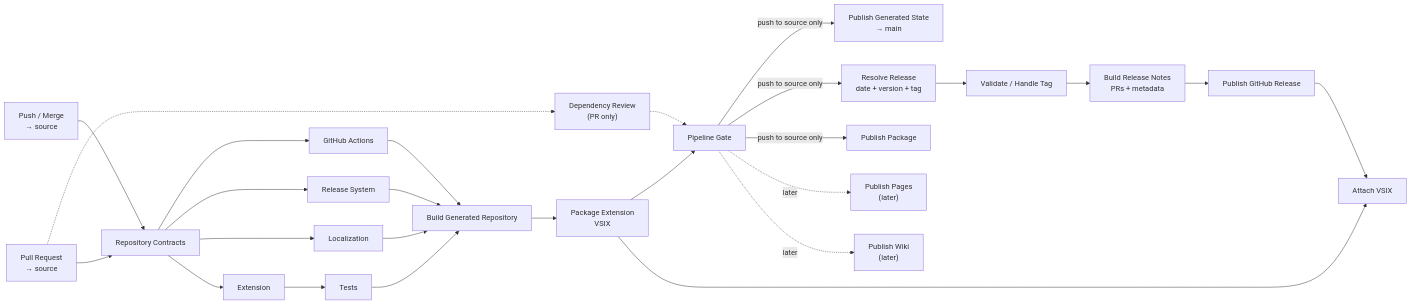
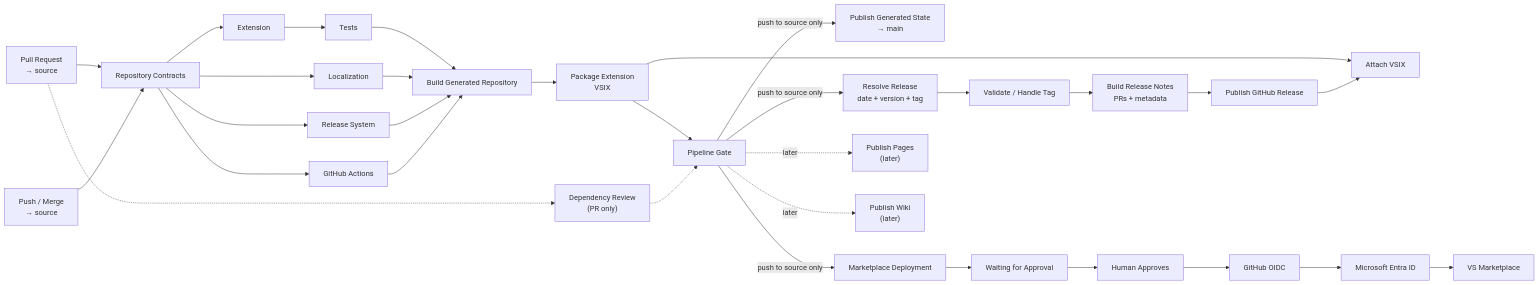
One commit to Kooraseru/vscode-editor-columns changed the diagram in repo/templates/AUTOMATION.md. Above: the diagram before and after it, drawn with Mermaid. The commit also changed other lines of this file and 3 other files, not shown here.

````diff
--- a/repo/templates/AUTOMATION.md
+++ b/repo/templates/AUTOMATION.md
@@ -3,50 +3,60 @@
 ```mermaid
 flowchart LR
     PR["Pull Request<br/>→ source"]
     PUSH["Push / Merge<br/>→ source"]
     CONTRACTS["Repository Contracts"]
     EXT["Extension"]
     TESTS["Tests"]
     LOC["Localization"]
     RELEASESYS["Release System"]
     ACTIONS["GitHub Actions"]
     DEP["Dependency Review<br/>(PR only)"]
     BUILD["Build Generated Repository"]
     PACKAGE["Package Extension<br/>VSIX"]
     GATE["Pipeline Gate"]
     MAIN["Publish Generated State<br/>→ main"]
     RESOLVE["Resolve Release<br/>date + version + tag"]
     TAG["Validate / Handle Tag"]
     NOTES["Build Release Notes<br/>PRs + metadata"]
     GHREL["Publish GitHub Release"]
     ASSET["Attach VSIX"]
-    PKG["Publish Package"]
+    MARKET["Marketplace Deployment"]
+    APPROVAL["Waiting for Approval"]
+    HUMAN["Human Approves"]
+    OIDC["GitHub OIDC"]
+    ENTRA["Microsoft Entra ID"]
+    MARKETPLACE["VS Marketplace"]
     PAGES["Publish Pages<br/>(later)"]
     WIKI["Publish Wiki<br/>(later)"]
 
     PR --> CONTRACTS
     PUSH --> CONTRACTS
     PR -.-> DEP
     CONTRACTS --> EXT
     CONTRACTS --> LOC
     CONTRACTS --> RELEASESYS
     CONTRACTS --> ACTIONS
     EXT --> TESTS
     TESTS --> BUILD
     LOC --> BUILD
     RELEASESYS --> BUILD
     ACTIONS --> BUILD
     BUILD --> PACKAGE
     PACKAGE --> GATE
     DEP -.-> GATE
     GATE -->|push to source only| MAIN
     GATE -->|push to source only| RESOLVE
     RESOLVE --> TAG
     TAG --> NOTES
     NOTES --> GHREL
     PACKAGE --> ASSET
     GHREL --> ASSET
-    GATE -->|push to source only| PKG
+    GATE -->|push to source only| MARKET
+    MARKET --> APPROVAL
+    APPROVAL --> HUMAN
+    HUMAN --> OIDC
+    OIDC --> ENTRA
+    ENTRA --> MARKETPLACE
     GATE -.->|later| PAGES
     GATE -.->|later| WIKI
 ```
````
